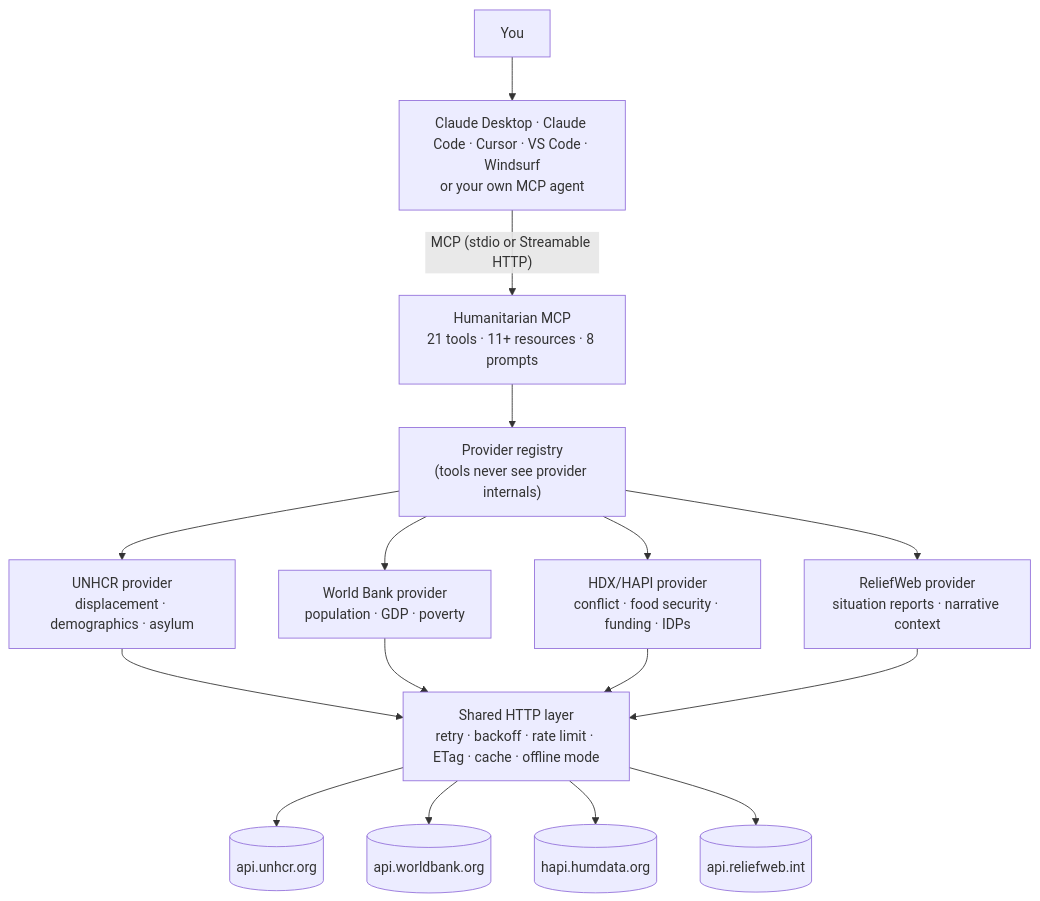
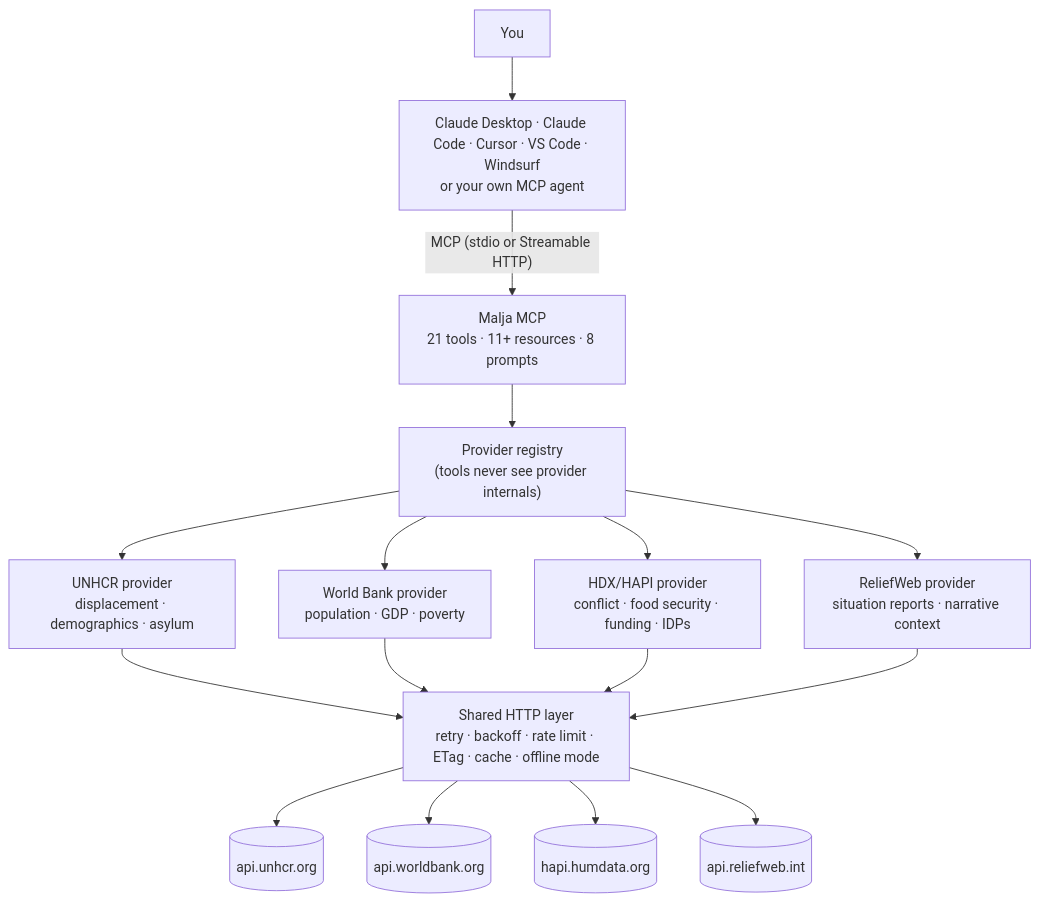
The diagram in README.md (marsaplatform/malja-mcp), drawn with Mermaid before and after one commit. The commit also changed other lines of this file and 54 other files, not shown here.

First line of the commit message:
feat!: rebrand to Malja MCP (ملجأ) under marsaplatform/malja-mcp

````diff
--- a/README.md
+++ b/README.md
@@ -57,15 +59,15 @@
 ```mermaid
 flowchart TD
     U["You"] --> C["Claude Desktop · Claude Code · Cursor · VS Code · Windsurf<br/>or your own MCP agent"]
-    C -->|"MCP (stdio or Streamable HTTP)"| S["Humanitarian MCP<br/>21 tools · 11+ resources · 8 prompts"]
+    C -->|"MCP (stdio or Streamable HTTP)"| S["Malja MCP<br/>21 tools · 11+ resources · 8 prompts"]
     S --> R["Provider registry<br/>(tools never see provider internals)"]
     R --> P1["UNHCR provider<br/>displacement · demographics · asylum"]
     R --> P2["World Bank provider<br/>population · GDP · poverty"]
     R --> P3["HDX/HAPI provider<br/>conflict · food security · funding · IDPs"]
     R --> P4["ReliefWeb provider<br/>situation reports · narrative context"]
     P1 & P2 & P3 & P4 --> H["Shared HTTP layer<br/>retry · backoff · rate limit · ETag · cache · offline mode"]
     H --> A1[("api.unhcr.org")]
     H --> A2[("api.worldbank.org")]
     H --> A3[("hapi.humdata.org")]
     H --> A4[("api.reliefweb.int")]
 ```
````
